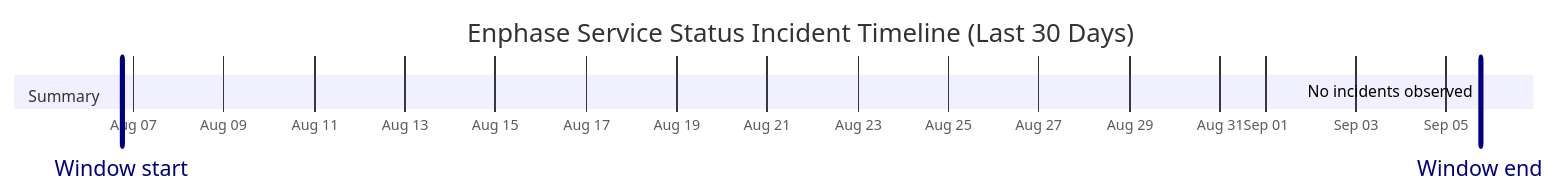
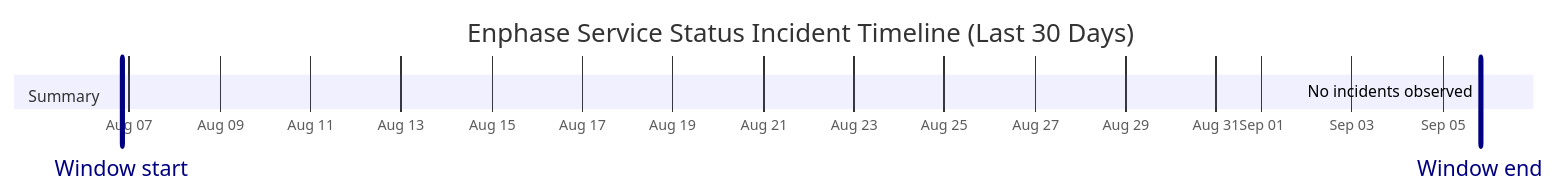
Before and after one commit to barneyonline/ha-enphase-energy: the diagram in wiki/Service-Status-History.md, drawn with Mermaid. The commit also changed other lines of this file and 3 other files, not shown here.

````diff
--- a/wiki/Service-Status-History.md
+++ b/wiki/Service-Status-History.md
@@ -14,10 +14,10 @@
 ```mermaid
 gantt
     title Enphase Service Status Incident Timeline (Last 30 Days)
     dateFormat  YYYY-MM-DDTHH:mm:ss
     axisFormat  %b %d
-    Window start :vert, window-start, 2026-08-06T17:54:56, 0ms
-    Window end :vert, window-end, 2026-09-05T17:54:56, 0ms
+    Window start :vert, window-start, 2026-08-06T19:57:10, 0ms
+    Window end :vert, window-end, 2026-09-05T19:57:10, 0ms
     section Summary
-    No incidents observed :done, 2026-09-05T17:54:56, 1m
+    No incidents observed :done, 2026-09-05T19:57:10, 1m
 ```
````
